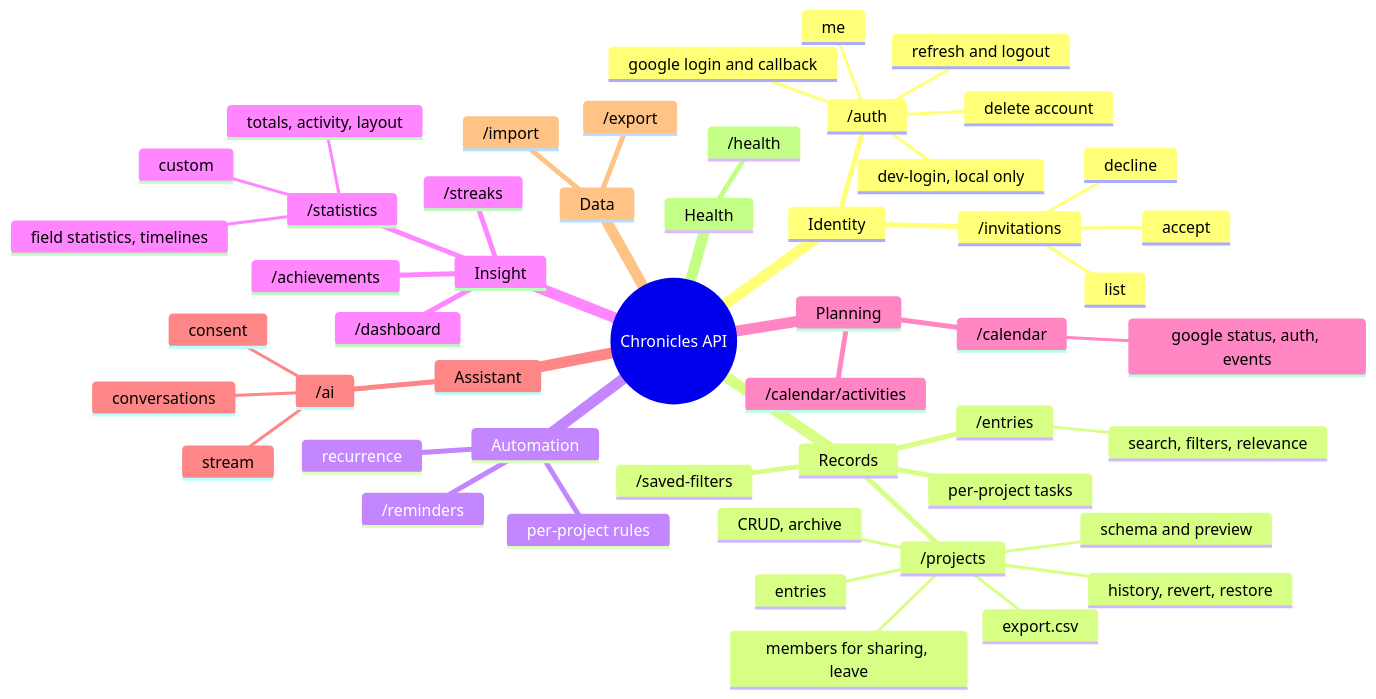
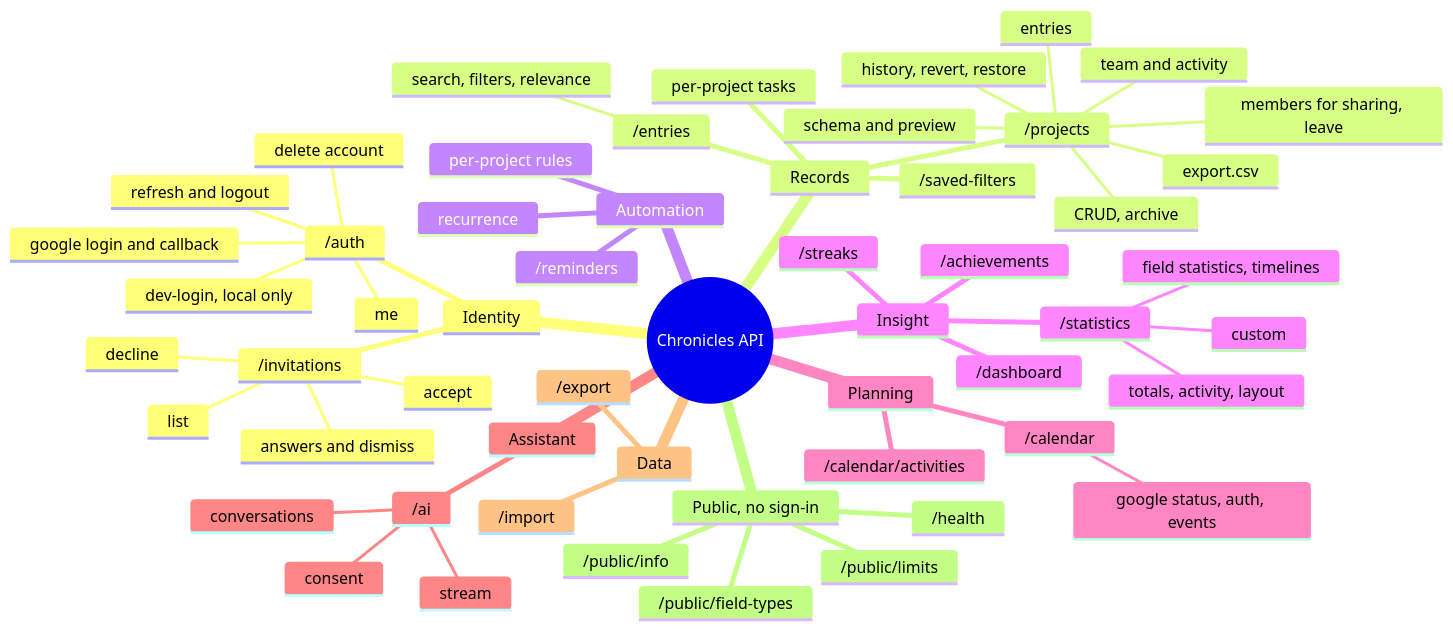
Before and after one commit to IcedMallard4334/Chronicles-Logbook: diagram 28 of 29 in docs/architecture/diagrams.md, drawn with Mermaid. The commit also changed other lines of this file and 37 other files, not shown here.

First line of the commit message:
feat: project team, activity feed, answer notices, Logged-by filter, themed tooltips, public reference API

````diff
--- a/docs/architecture/diagrams.md
+++ b/docs/architecture/diagrams.md
@@ -998,53 +1046,58 @@
 ```mermaid
 mindmap
   root((Chronicles API))
     Identity
       /auth
         google login and callback
         dev-login, local only
         refresh and logout
         me
         delete account
       /invitations
         list
         accept
         decline
+        answers and dismiss
     Records
       /projects
         CRUD, archive
         schema and preview
         entries
         history, revert, restore
+        team and activity
         members for sharing, leave
         export.csv
       per-project tasks
       /entries
         search, filters, relevance
       /saved-filters
     Automation
       per-project rules
       recurrence
       /reminders
     Insight
       /statistics
         totals, activity, layout
         field statistics, timelines
         custom
       /dashboard
       /streaks
       /achievements
     Planning
       /calendar
         google status, auth, events
       /calendar/activities
     Assistant
       /ai
         consent
         conversations
         stream
     Data
       /export
       /import
-    Health
+    Public, no sign-in
       /health
+      /public/info
+      /public/field-types
+      /public/limits
 ```
````
